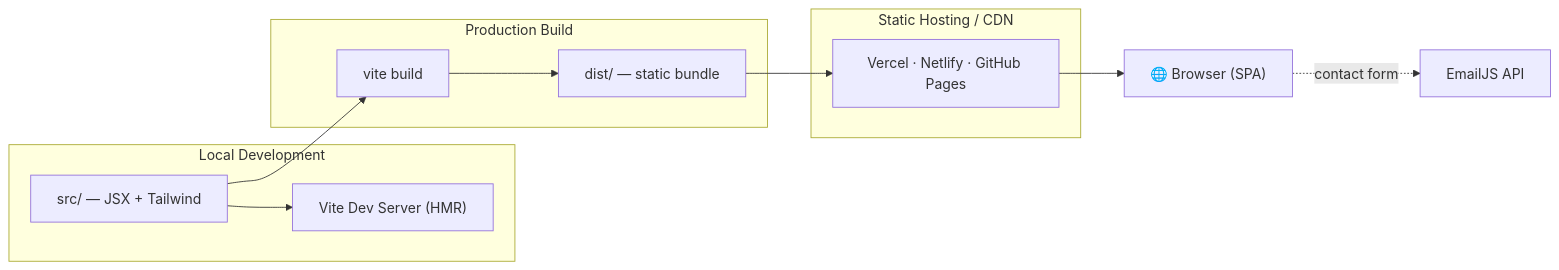
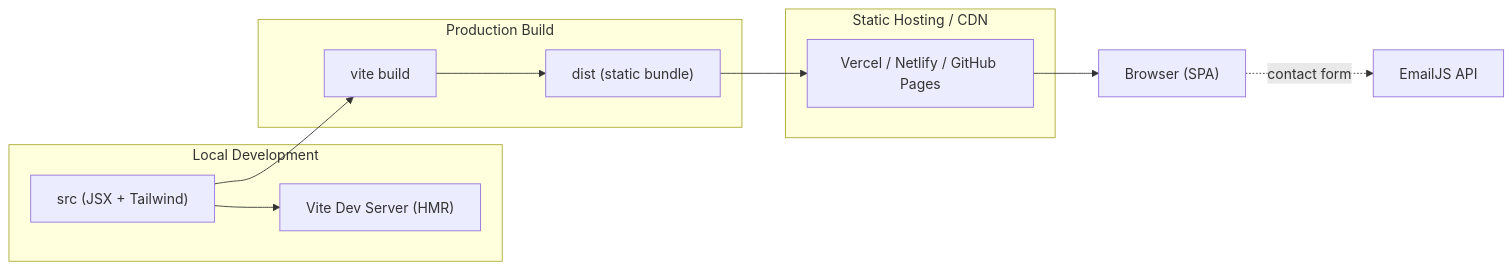
The second of 3 diagrams in README.md (Aakashwije/AAKASH_WIJESEKARA_PORTFOLIO), drawn with Mermaid before and after one commit. The commit also changed other lines of this file, not shown here.

````diff
--- a/README.md
+++ b/README.md
@@ -128,18 +120,19 @@
 ```mermaid
 flowchart LR
-    subgraph Dev["Local Development"]
-        code["src/ — JSX + Tailwind"] --> dev["Vite Dev Server (HMR)"]
+    subgraph Development["Local Development"]
+        srcDev["src (JSX + Tailwind)"] --> devServer["Vite Dev Server (HMR)"]
     end
 
-    subgraph Build["Production Build"]
-        build["vite build"] --> dist["dist/ — static bundle"]
+    subgraph Production["Production Build"]
+        viteBuild["vite build"] --> dist["dist (static bundle)"]
     end
 
-    subgraph Host["Static Hosting / CDN"]
-        dist --> cdn["Vercel · Netlify · GitHub Pages"]
+    subgraph Hosting["Static Hosting / CDN"]
+        cdn["Vercel / Netlify / GitHub Pages"]
     end
 
-    code --> build
-    cdn --> browser["🌐 Browser (SPA)"]
+    srcDev --> viteBuild
+    dist --> cdn
+    cdn --> browser["Browser (SPA)"]
     browser -. contact form .-> emailjs["EmailJS API"]
 ```
````
